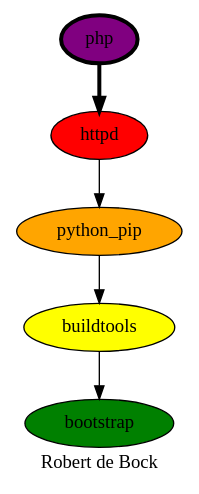
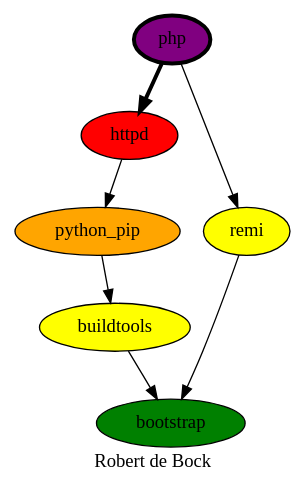
The diagram in php.dot (robertdebock/drawings), drawn with Graphviz before and after one commit. The commit also changed 1 other file, not shown here.

Commit message:
Adding remi in relation to php.

```diff
--- a/php.dot
+++ b/php.dot
@@ -1,15 +1,17 @@
 digraph PhiloDilemma {
   label = "Robert de Bock" ;
   overlap=false
   {
     bootstrap [fillcolor=green style=filled]
     buildtools [fillcolor=yellow style=filled]
     "python_pip" [fillcolor=orange style=filled]
     httpd [fillcolor=red style=filled]
     php [fillcolor=purple style=filled penwidth=3]
+    remi [fillcolor=yellow style=filled]
   }
   php -> httpd [penwidth=3]
+  php -> remi
   httpd -> python_pip
   python_pip -> buildtools
-  buildtools -> bootstrap
+  {buildtools remi} -> bootstrap
 }
```
